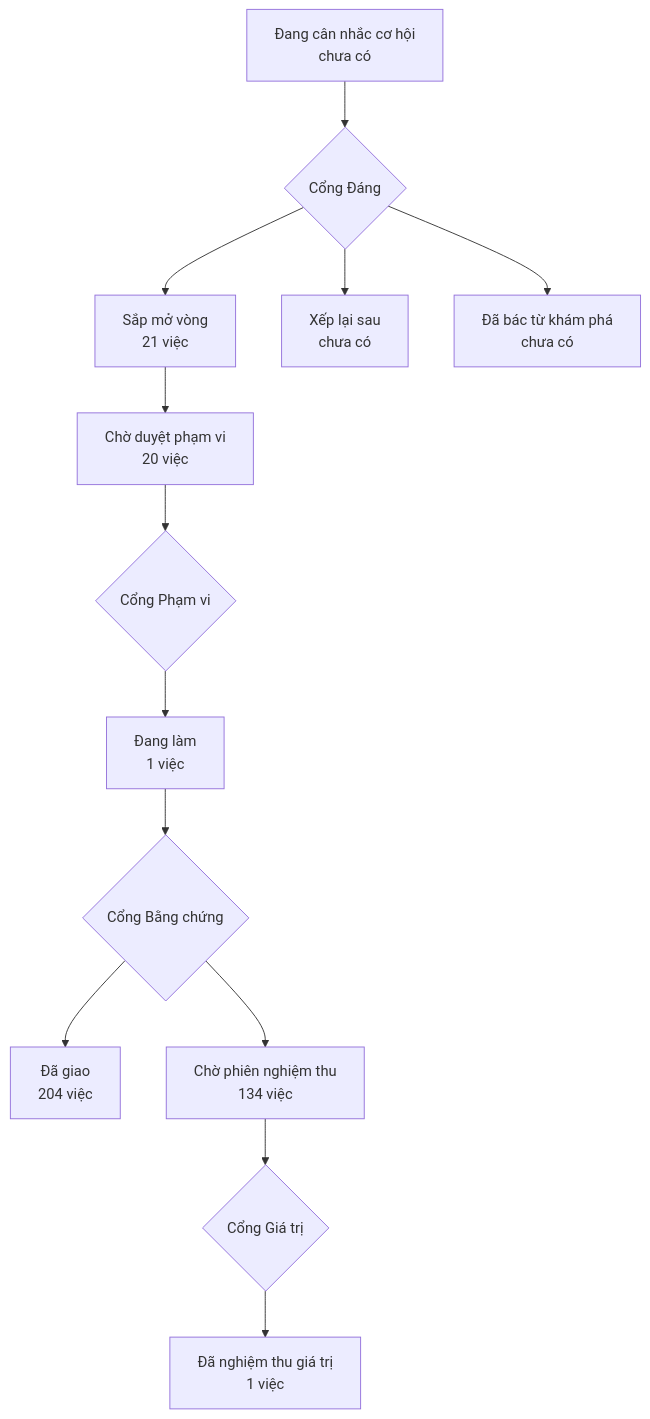
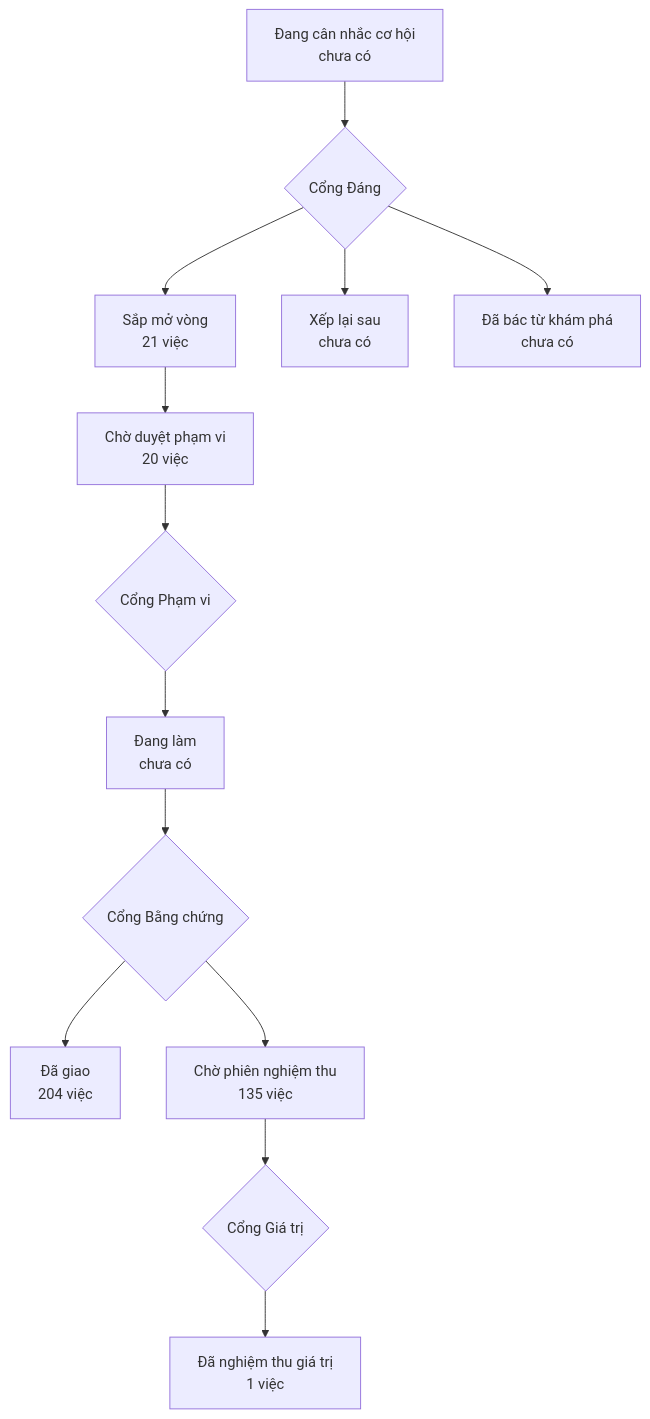
One commit to phanlemanh/onehub-invest changed the diagram in PRODUCT-MAP.md. Above: the diagram before and after it, drawn with Mermaid. The commit also changed other lines of this file and 6 other files, not shown here.

````diff
--- a/PRODUCT-MAP.md
+++ b/PRODUCT-MAP.md
@@ -7,12 +7,12 @@
 ```mermaid
 flowchart TD
   A["Đang cân nhắc cơ hội<br/>chưa có"] --> GD{"Cổng Đáng"}
   GD --> B["Sắp mở vòng<br/>21 việc"]
   GD --> XL["Xếp lại sau<br/>chưa có"]
   GD --> DB["Đã bác từ khám phá<br/>chưa có"]
   B --> CD["Chờ duyệt phạm vi<br/>20 việc"] --> GP{"Cổng Phạm vi"}
-  GP --> DL["Đang làm<br/>1 việc"] --> GB{"Cổng Bằng chứng"}
+  GP --> DL["Đang làm<br/>chưa có"] --> GB{"Cổng Bằng chứng"}
   GB --> DG["Đã giao<br/>204 việc"]
-  GB --> CN["Chờ phiên nghiệm thu<br/>134 việc"] --> GG{"Cổng Giá trị"}
+  GB --> CN["Chờ phiên nghiệm thu<br/>135 việc"] --> GG{"Cổng Giá trị"}
   GG --> NT["Đã nghiệm thu giá trị<br/>1 việc"]
 ```
````
